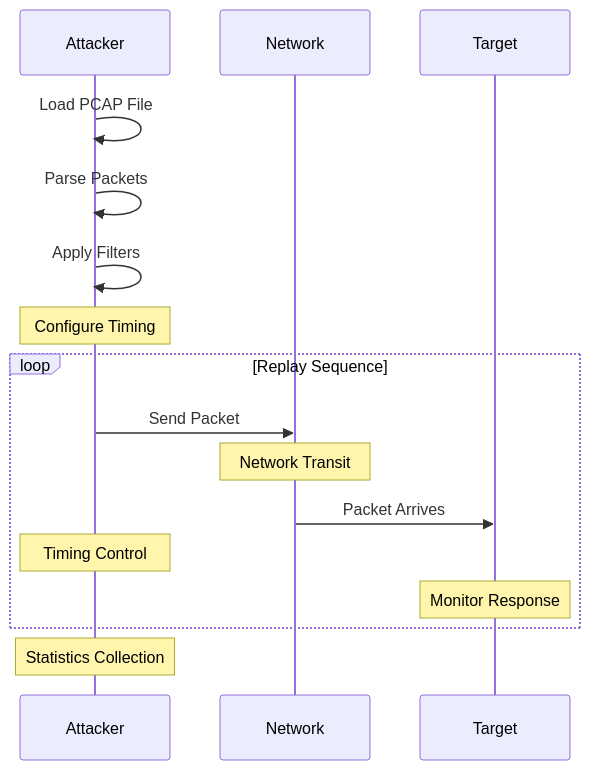
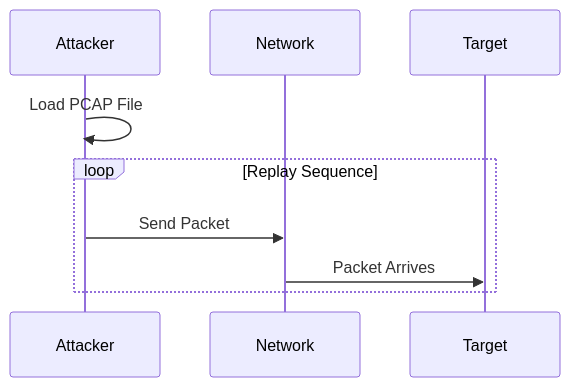
Before and after one commit to Montimage/mmt-attacker: diagram 20 of 20 in docs/PLAYBOOK.md, drawn with Mermaid. The commit also changed other lines of this file and 6 other files, not shown here.

````diff
--- a/docs/PLAYBOOK.md
+++ b/docs/PLAYBOOK.md
@@ -1475,18 +850,11 @@
 ```mermaid
 sequenceDiagram
     participant A as Attacker
     participant N as Network
     participant T as Target
     A->>A: Load PCAP File
-    A->>A: Parse Packets
-    A->>A: Apply Filters
-    Note over A: Configure Timing
     loop Replay Sequence
         A->>N: Send Packet
-        Note over N: Network Transit
         N->>T: Packet Arrives
-        Note over A: Timing Control
-        Note over T: Monitor Response
     end
-    Note over A: Statistics Collection
 ```
````
